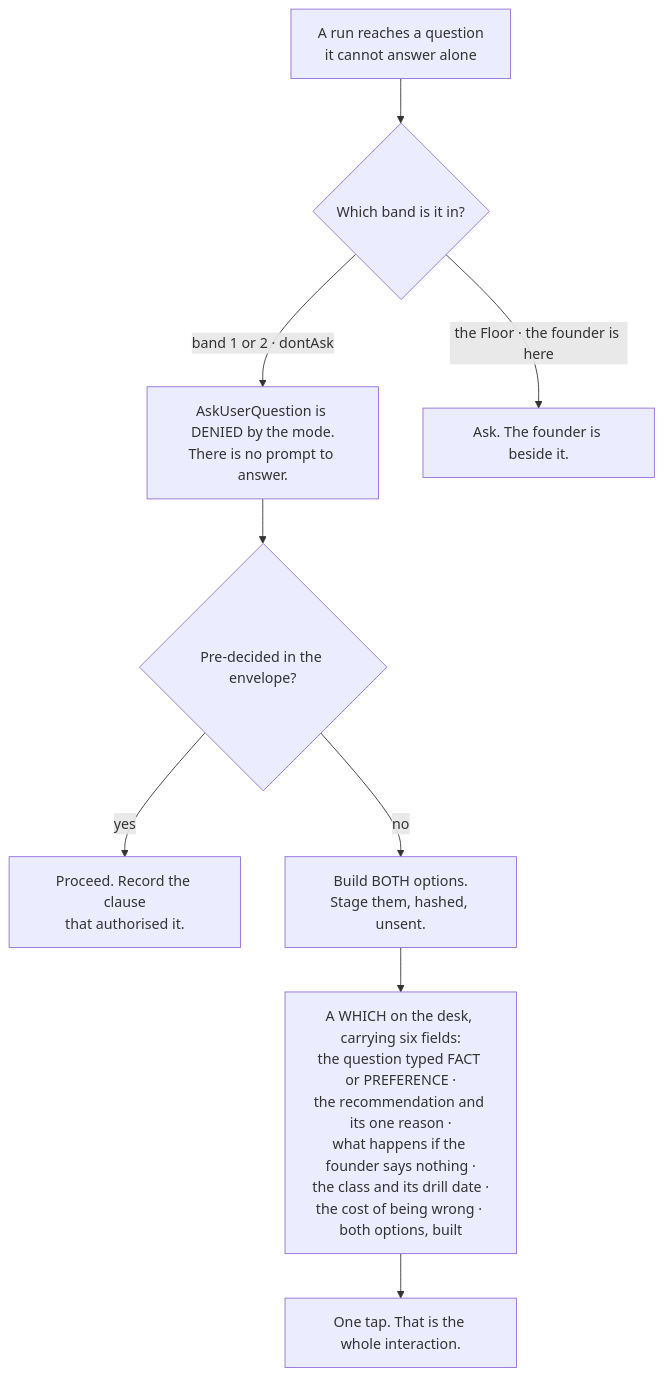
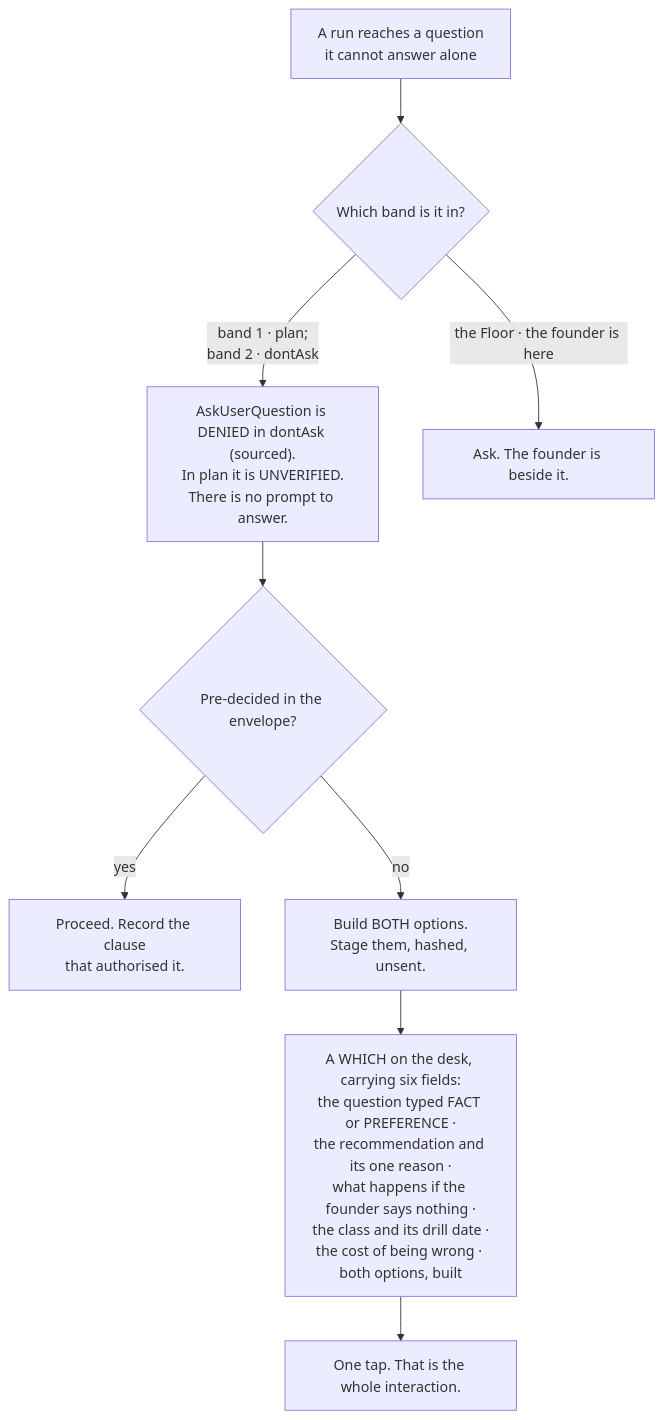
One commit to Adam077K/agentvibe changed the third of 4 diagrams in docs/03-system-design/final-v2/parts/12-control.md. Above: the diagram before and after it, drawn with Mermaid. The commit also changed other lines of this file and 20 other files, not shown here.

````diff
--- a/docs/03-system-design/final-v2/parts/12-control.md
+++ b/docs/03-system-design/final-v2/parts/12-control.md
@@ -181,11 +181,11 @@
 ```mermaid
 flowchart TD
     Q["A run reaches a question<br/>it cannot answer alone"] --> MODE{"Which band is it in?"}
-    MODE -->|"band 1 or 2 · dontAsk"| DENIED["AskUserQuestion is DENIED by the mode.<br/>There is no prompt to answer."]
+    MODE -->|"band 1 · plan;<br/>band 2 · dontAsk"| DENIED["AskUserQuestion is DENIED in dontAsk (sourced).<br/>In plan it is UNVERIFIED.<br/>There is no prompt to answer."]
     MODE -->|"the Floor · the founder is here"| ASK["Ask. The founder is beside it."]
     DENIED --> ENV{"Pre-decided in the envelope?"}
     ENV -->|"yes"| GO["Proceed. Record the clause<br/>that authorised it."]
     ENV -->|"no"| BUILD["Build BOTH options.<br/>Stage them, hashed, unsent."]
     BUILD --> DESK["A WHICH on the desk, carrying six fields:<br/>the question typed FACT or PREFERENCE ·<br/>the recommendation and its one reason ·<br/>what happens if the founder says nothing ·<br/>the class and its drill date ·<br/>the cost of being wrong · both options, built"]
     DESK --> TAP["One tap. That is the whole interaction."]
 ```
````
